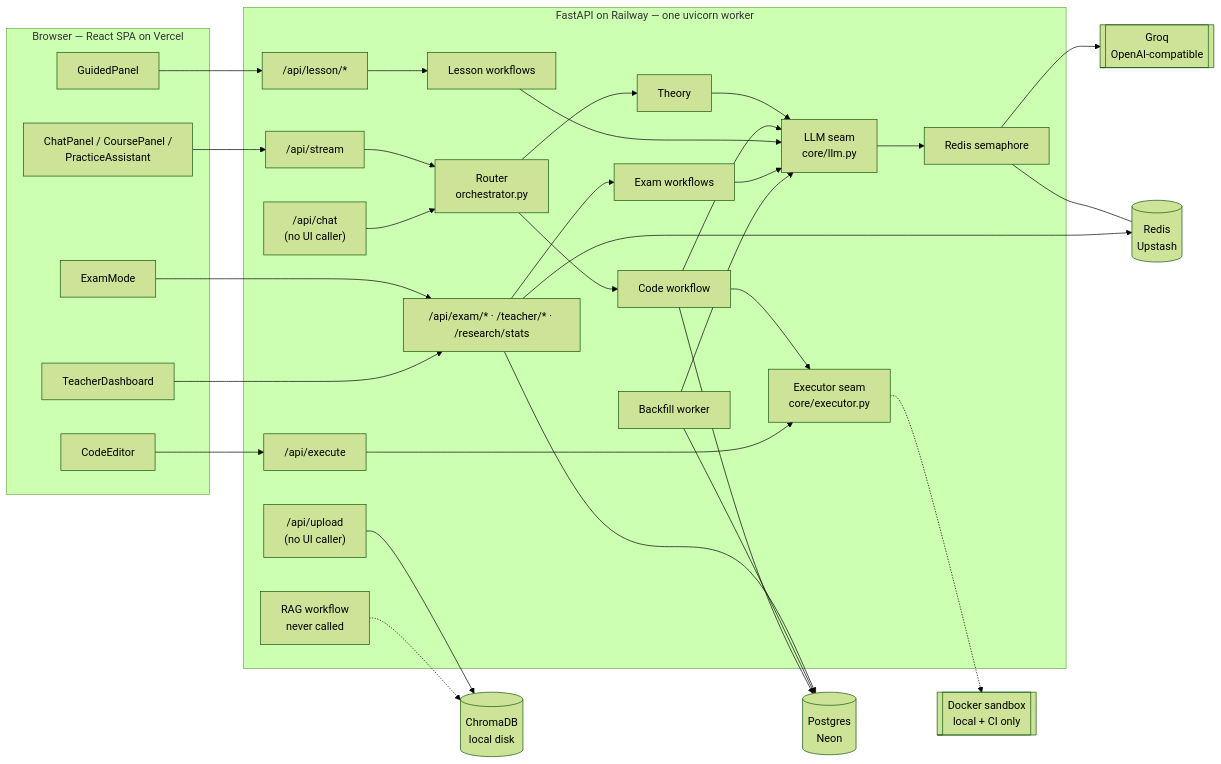
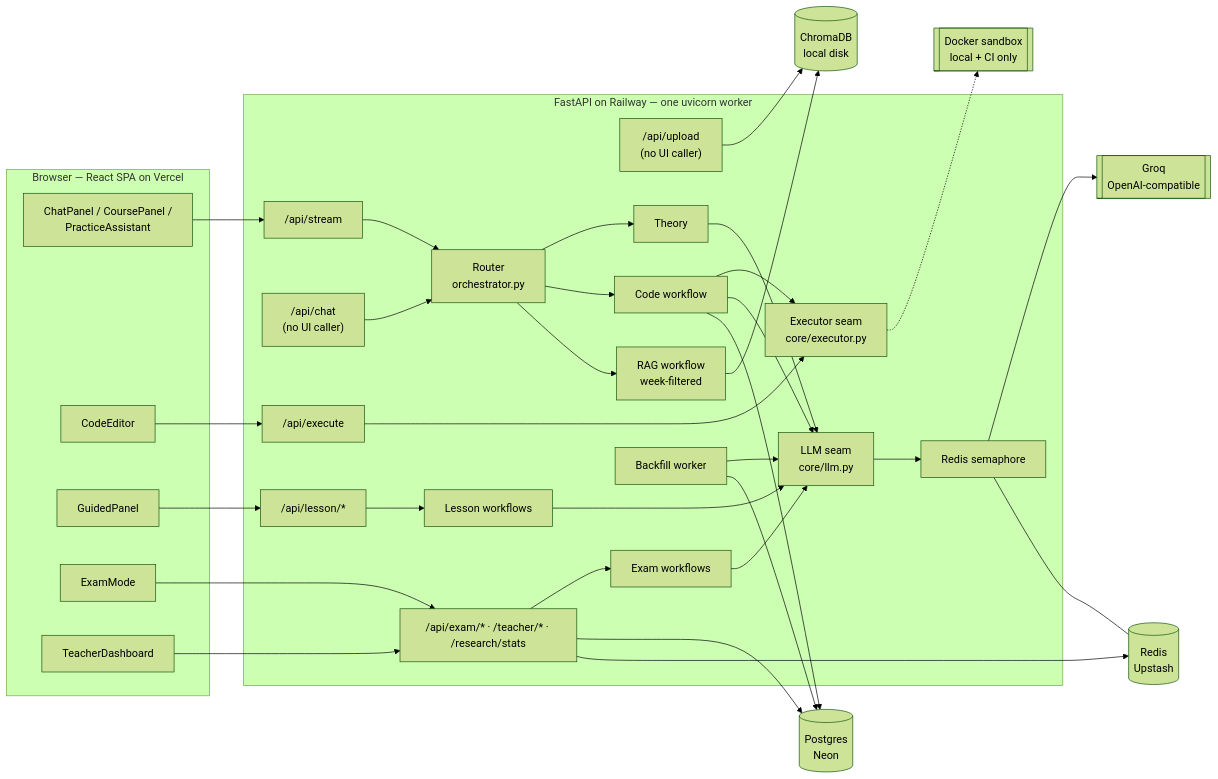
The first of 2 diagrams in docs/PROJECT_EXPLAINED.md (asfandyar-prog/quantummind), drawn with Mermaid (forest theme) before and after one commit. The commit also changed other lines of this file and 6 other files, not shown here.

````diff
--- a/docs/PROJECT_EXPLAINED.md
+++ b/docs/PROJECT_EXPLAINED.md
@@ -46,63 +82,64 @@
 ```mermaid
 graph LR
     subgraph Browser["Browser — React SPA on Vercel"]
         CP[ChatPanel / CoursePanel /<br/>PracticeAssistant]
         CE[CodeEditor]
         GP[GuidedPanel]
         EM[ExamMode]
         TD[TeacherDashboard]
     end
 
     subgraph API["FastAPI on Railway — one uvicorn worker"]
         ST["/api/stream"]
         CH["/api/chat<br/>(no UI caller)"]
         EX["/api/execute"]
         LE["/api/lesson/*"]
         XM["/api/exam/* · /teacher/* · /research/stats"]
         UP["/api/upload<br/>(no UI caller)"]
         RO[Router<br/>orchestrator.py]
         TH[Theory]
         CO[Code workflow]
         LA[Lesson workflows]
         XA[Exam workflows]
-        RA[RAG workflow<br/>never called]
+        RA[RAG workflow<br/>week-filtered]
         SEAM[LLM seam<br/>core/llm.py]
         LIM[Redis semaphore]
         BF[Backfill worker]
         EXE[Executor seam<br/>core/executor.py]
     end
 
     PG[(Postgres<br/>Neon)]
     RD[(Redis<br/>Upstash)]
     CHR[(ChromaDB<br/>local disk)]
     DK[[Docker sandbox<br/>local + CI only]]
     LLM[[Groq<br/>OpenAI-compatible]]
 
     CP --> ST
     CE --> EX
     GP --> LE
     EM --> XM
     TD --> XM
     ST --> RO
     CH --> RO
     RO --> TH
     RO --> CO
+    RO --> RA
     LE --> LA
     XM --> XA
     CO --> EXE
     EX --> EXE
     EXE -.-> DK
     TH --> SEAM
     CO --> SEAM
     LA --> SEAM
     XA --> SEAM
     BF --> SEAM
     SEAM --> LIM --> LLM
     LIM --- RD
     XM --> PG
     XM --> RD
     BF --> PG
     CO --> PG
     UP --> CHR
-    RA -.-> CHR
+    RA --> CHR
 ```
````
